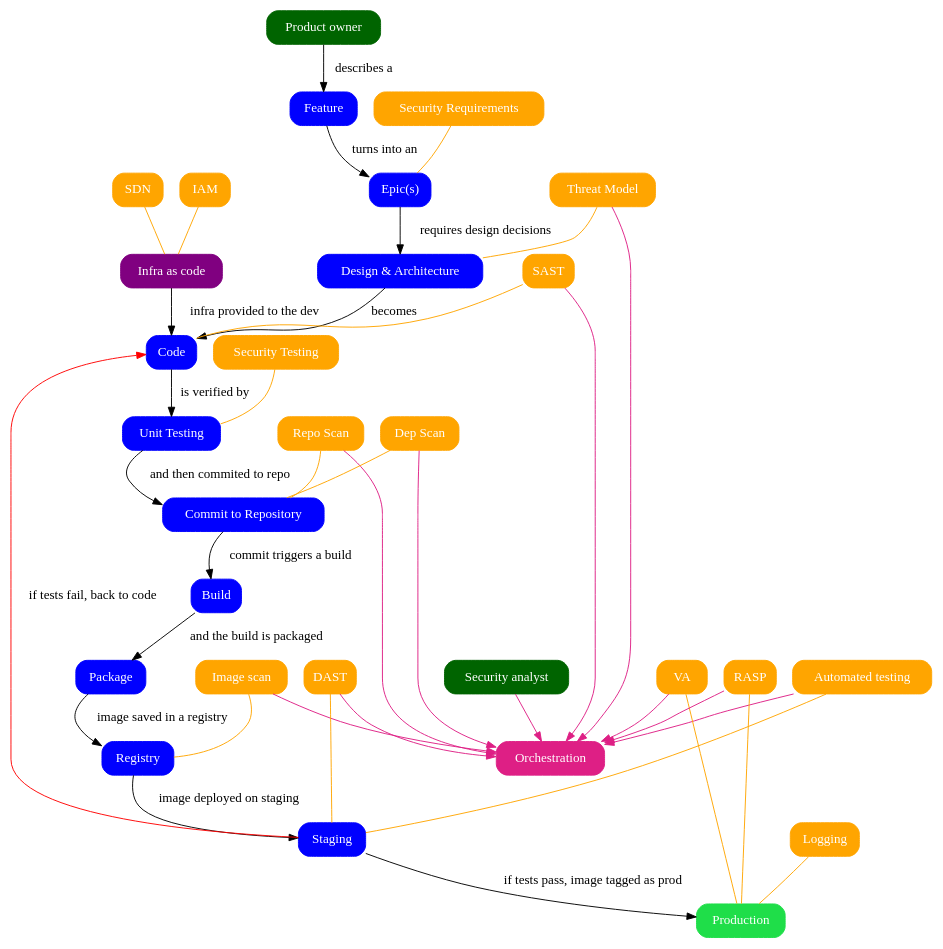
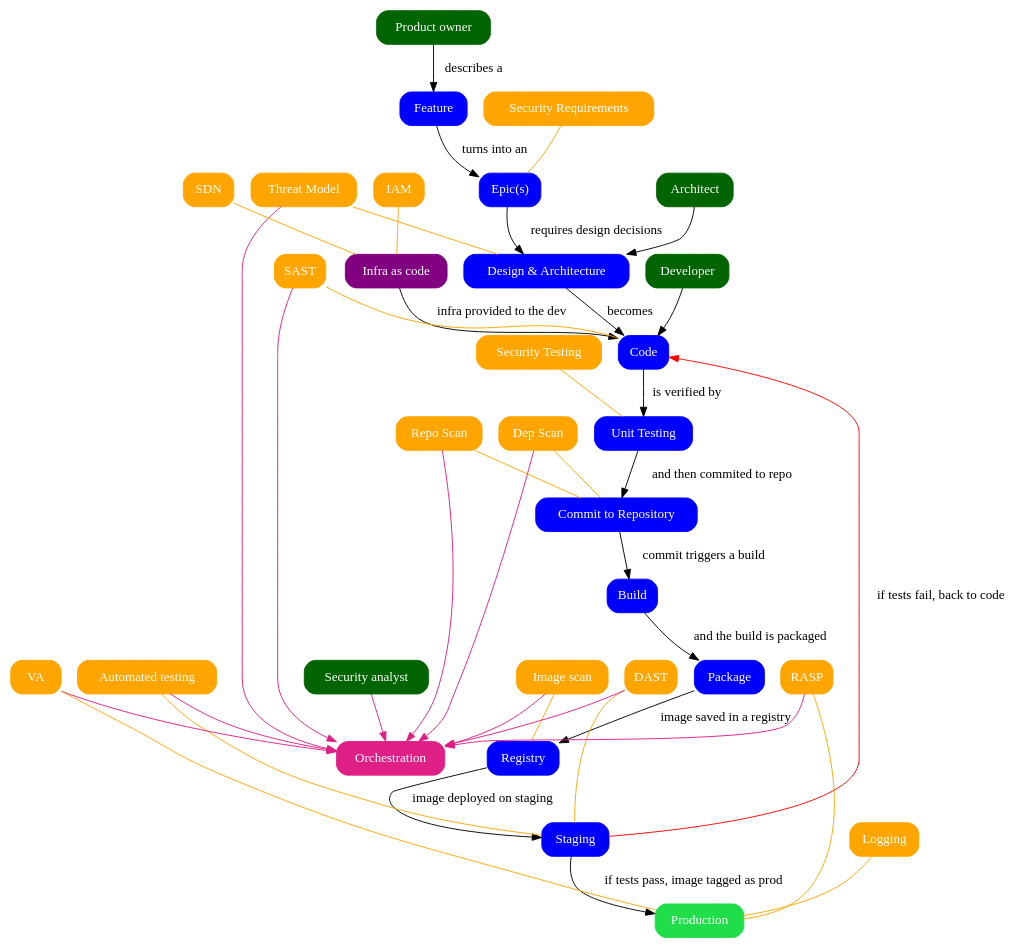
Before and after one commit to dstergiou/workflow: the diagram in AppSec.dot, drawn with Graphviz.

Commit message:
Added developer and architect

```diff
--- a/AppSec.dot
+++ b/AppSec.dot
@@ -1,95 +1,98 @@
 digraph {
     fontname = "Calibri";
     node [fontcolor = white, style="rounded, filled", shape="box"]
     
     /* People */
     product_owner[ color=darkgreen, label="Product owner" ]
-    security_engineer[ color=darkgreen, label="Security analyst" ]
-    
+    security_engineer[ color=darkgreen, label="Security analyst" ]  
+    architect[ color=darkgreen, label="Architect" ]
+    developer[ color=darkgreen, label="Developer" ]
     
     /* DevOps elements*/
     infrastructure_as_code[ color=purple, label="Infra as code" ]
 
     /* Dev elements */
     feature[ color=blue, label="Feature" ]
     epic[ color=blue, label="Epic(s)" ]
     design[ color=blue, label="Design & Architecture" ]
     code[ color=blue, label="Code" ]
     unit_testing[ color=blue, label="Unit Testing" ]
     commit[ color=blue, label="Commit to Repository" ]
     build[ color=blue, label="Build" ]
     package[ color=blue, label="Package" ]
     registry[ color=blue, label="Registry" ]
     staging[ color=blue, label="Staging" ]
 
     /* AppSec elements */
     security_requirements[ color=orange, label="Security Requirements" ]
     threat_model[ color=orange, label="Threat Model" ]
     sast[ color=orange, label="SAST" ]
     access_management[ color=orange, label="IAM" ]
     network_segregation[ color=orange, label="SDN" ]
     security_testing[ color=orange, label="Security Testing" ]
     repository_check[ color=orange, label="Repo Scan" ]
     dependency_check[ color=orange, label="Dep Scan" ]
     image_scan[ color=orange, label="Image scan" ]
     automated_tests[ color=orange, label="Automated testing" ]
     dast[ color=orange, label="DAST" ]
     vulnerability_scanning[ color=orange, label="VA" ]
     rasp[ color=orange, label="RASP" ]
     logging[ color=orange, label="Logging" ]
 
     /* Orchestration elements*/
     orchi [ color="#DE1F85", label="Orchestration" ]
 
     /* End result */
     production[ color="#1FDE49", label="Production" ]
 
     /***************/
     /* Connections */
     /***************/
 
     /* Dev pipeline */
     product_owner -> feature [label = "describes a "]
     feature -> epic [label = "turns into an"]
     epic -> design [label = "requires design decisions"]
+    architect -> design
     design -> code [ label = "becomes" ]
+    developer -> code
     code -> unit_testing [ label = "is verified by" ]
     unit_testing -> commit [ label = "and then commited to repo"]
     commit -> build [ label = "commit triggers a build"]
     build -> package [ label = "and the build is packaged" ]
     package -> registry [ label = "image saved in a registry" ]
     registry -> staging [ label = "image deployed on staging"]
     staging -> production [label = "if tests pass, image tagged as prod"]
     staging -> code [label = "if tests fail, back to code", color="red" ]
 
     /* AppSec pipeline */
     security_requirements -> epic [color="orange", dir=none]
     threat_model -> design [color="orange", dir=none]
     sast -> code [color="orange", dir=none]
     security_testing -> unit_testing [ color="orange", dir=none]
     repository_check -> commit [ color="orange", dir=none]
     dependency_check -> commit [ color="orange", dir=none]
     image_scan -> registry [ color="orange", dir=none ]
     automated_tests -> staging [ color="orange", dir=none]
     dast -> staging [ color="orange", dir=none]
     vulnerability_scanning -> production [ color="orange", dir=none]
     rasp -> production [ color="orange", dir=none]
     logging -> production [ color="orange", dir=none]
 
     /* DevOps pipeline */
     infrastructure_as_code -> code [label = "infra provided to the dev"]
     access_management -> infrastructure_as_code [color="orange", dir=none]
     network_segregation -> infrastructure_as_code [color="orange", dir=none]
     
     /* Orchestration */
     threat_model -> orchi [ color="#DE1F85" ]
     sast -> orchi [ color="#DE1F85" ]
     repository_check -> orchi [ color="#DE1F85" ]
     dependency_check -> orchi [ color="#DE1F85" ]
     image_scan -> orchi [ color="#DE1F85" ]
     automated_tests -> orchi [ color="#DE1F85" ]
     dast -> orchi [ color="#DE1F85" ]
     vulnerability_scanning -> orchi [ color="#DE1F85" ]
     rasp -> orchi [ color="#DE1F85" ]
     security_engineer -> orchi [ color="#DE1F85" ]
 }
```
